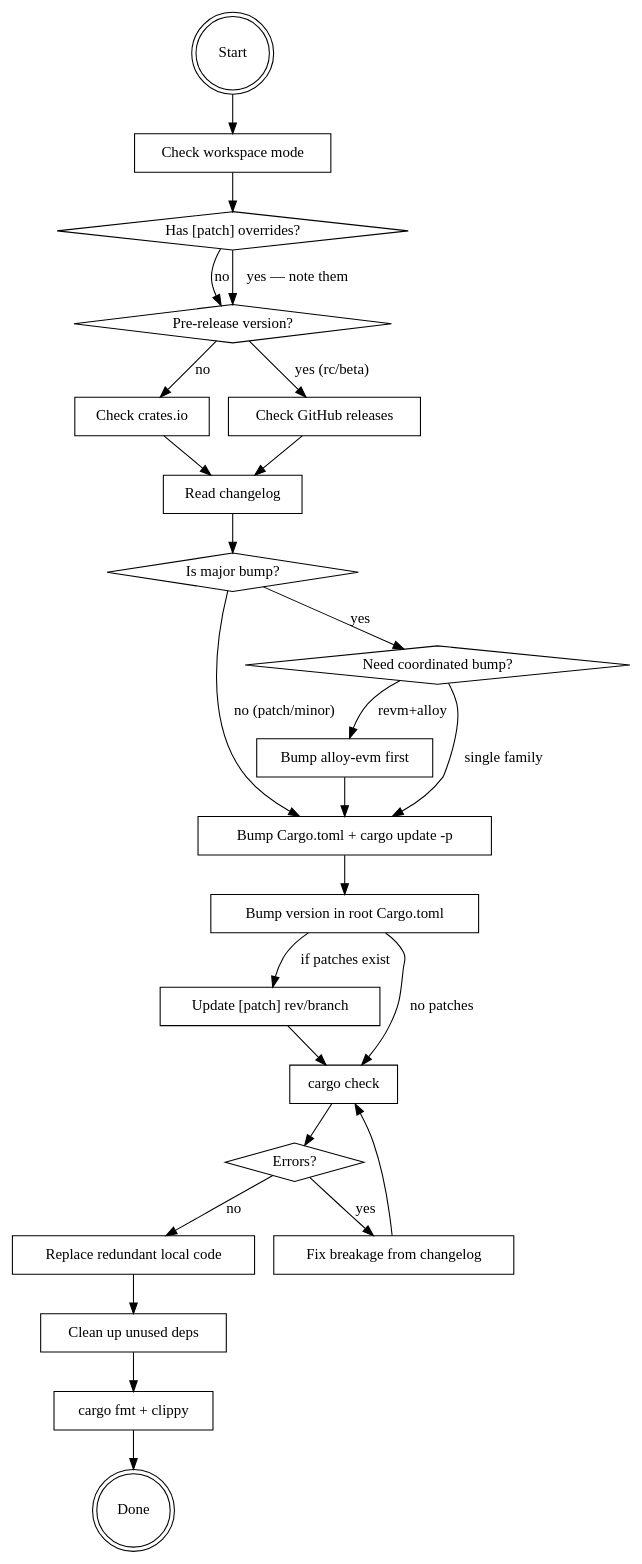
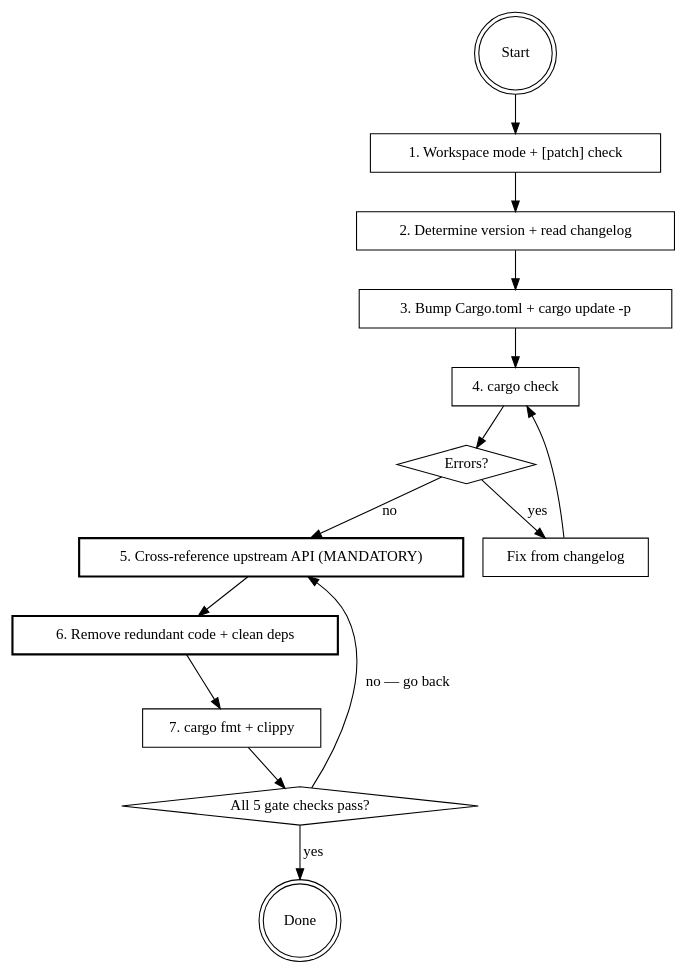
The diagram in bump-upstream-deps.md (joohhnnn/bump-upstream-deps), drawn with Graphviz before and after one commit. The commit also changed other lines of this file, not shown here.

First line of the commit message:
feat: add completion gate and anti-rationalization patterns

````diff
--- a/bump-upstream-deps.md
+++ b/bump-upstream-deps.md
@@ -62,51 +72,30 @@
 ```dot
 digraph bump_flow {
   "Start" [shape=doublecircle];
-  "Check workspace mode" [shape=box];
-  "Has [patch] overrides?" [shape=diamond];
-  "Pre-release version?" [shape=diamond];
-  "Check crates.io" [shape=box];
-  "Check GitHub releases" [shape=box];
-  "Read changelog" [shape=box];
-  "Is major bump?" [shape=diamond];
-  "Bump version in root Cargo.toml" [shape=box];
-  "Bump Cargo.toml + cargo update -p" [shape=box];
-  "Update [patch] rev/branch" [shape=box];
-  "cargo check" [shape=box];
+  "1. Workspace mode + [patch] check" [shape=box];
+  "2. Determine version + read changelog" [shape=box];
+  "3. Bump Cargo.toml + cargo update -p" [shape=box];
+  "4. cargo check" [shape=box];
   "Errors?" [shape=diamond];
-  "Fix breakage from changelog" [shape=box];
-  "Need coordinated bump?" [shape=diamond];
-  "Bump alloy-evm first" [shape=box];
+  "Fix from changelog" [shape=box];
+  "5. Cross-reference upstream API (MANDATORY)" [shape=box, style=bold];
+  "6. Remove redundant code + clean deps" [shape=box, style=bold];
+  "7. cargo fmt + clippy" [shape=box];
+  "All 5 gate checks pass?" [shape=diamond];
   "Done" [shape=doublecircle];
 
-  "Start" -> "Check workspace mode";
-  "Check workspace mode" -> "Has [patch] overrides?";
-  "Has [patch] overrides?" -> "Pre-release version?" [label="no"];
-  "Has [patch] overrides?" -> "Pre-release version?" [label="yes — note them"];
-  "Pre-release version?" -> "Check GitHub releases" [label="yes (rc/beta)"];
-  "Pre-release version?" -> "Check crates.io" [label="no"];
-  "Check crates.io" -> "Read changelog";
-  "Check GitHub releases" -> "Read changelog";
-  "Read changelog" -> "Is major bump?";
-  "Is major bump?" -> "Need coordinated bump?" [label="yes"];
-  "Is major bump?" -> "Bump Cargo.toml + cargo update -p" [label="no (patch/minor)"];
-  "Need coordinated bump?" -> "Bump alloy-evm first" [label="revm+alloy"];
-  "Need coordinated bump?" -> "Bump Cargo.toml + cargo update -p" [label="single family"];
-  "Bump alloy-evm first" -> "Bump Cargo.toml + cargo update -p";
-  "Bump Cargo.toml + cargo update -p" -> "Bump version in root Cargo.toml";
-  "Bump version in root Cargo.toml" -> "Update [patch] rev/branch" [label="if patches exist"];
-  "Bump version in root Cargo.toml" -> "cargo check" [label="no patches"];
-  "Update [patch] rev/branch" -> "cargo check";
-  "Replace redundant local code" [shape=box];
-  "Clean up unused deps" [shape=box];
-  "cargo fmt + clippy" [shape=box];
-
-  "cargo check" -> "Errors?" ;
-  "Errors?" -> "Replace redundant local code" [label="no"];
-  "Errors?" -> "Fix breakage from changelog" [label="yes"];
-  "Fix breakage from changelog" -> "cargo check";
-  "Replace redundant local code" -> "Clean up unused deps";
-  "Clean up unused deps" -> "cargo fmt + clippy";
-  "cargo fmt + clippy" -> "Done";
+  "Start" -> "1. Workspace mode + [patch] check";
+  "1. Workspace mode + [patch] check" -> "2. Determine version + read changelog";
+  "2. Determine version + read changelog" -> "3. Bump Cargo.toml + cargo update -p";
+  "3. Bump Cargo.toml + cargo update -p" -> "4. cargo check";
+  "4. cargo check" -> "Errors?";
+  "Errors?" -> "Fix from changelog" [label="yes"];
+  "Fix from changelog" -> "4. cargo check";
+  "Errors?" -> "5. Cross-reference upstream API (MANDATORY)" [label="no"];
+  "5. Cross-reference upstream API (MANDATORY)" -> "6. Remove redundant code + clean deps";
+  "6. Remove redundant code + clean deps" -> "7. cargo fmt + clippy";
+  "7. cargo fmt + clippy" -> "All 5 gate checks pass?";
+  "All 5 gate checks pass?" -> "Done" [label="yes"];
+  "All 5 gate checks pass?" -> "5. Cross-reference upstream API (MANDATORY)" [label="no — go back"];
 }
 ```
````
